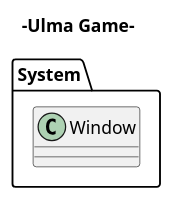
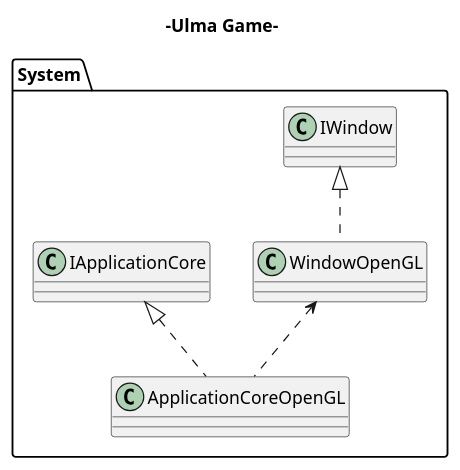
Before and after one commit to Ulma-S/UlmaGame: the diagram in Specification/uml/class_diagram.pu, drawn with PlantUML. The commit also changed 14 other files, not shown here.

```diff
--- a/Specification/uml/class_diagram.pu
+++ b/Specification/uml/class_diagram.pu
@@ -1,10 +1,25 @@
 @startuml
 title -Ulma Game-
 package System{
-    class Window{
+    class IWindow{
         
     }
 
-    
+    class WindowOpenGL{
+
+    }
+    IWindow <|.. WindowOpenGL
+
+    class IApplicationCore{
+
+    }
+
+    class ApplicationCoreOpenGL{
+
+    }
+    IApplicationCore <|.. ApplicationCoreOpenGL
+    WindowOpenGL <.. ApplicationCoreOpenGL
+
+
 }
 @enduml
```
